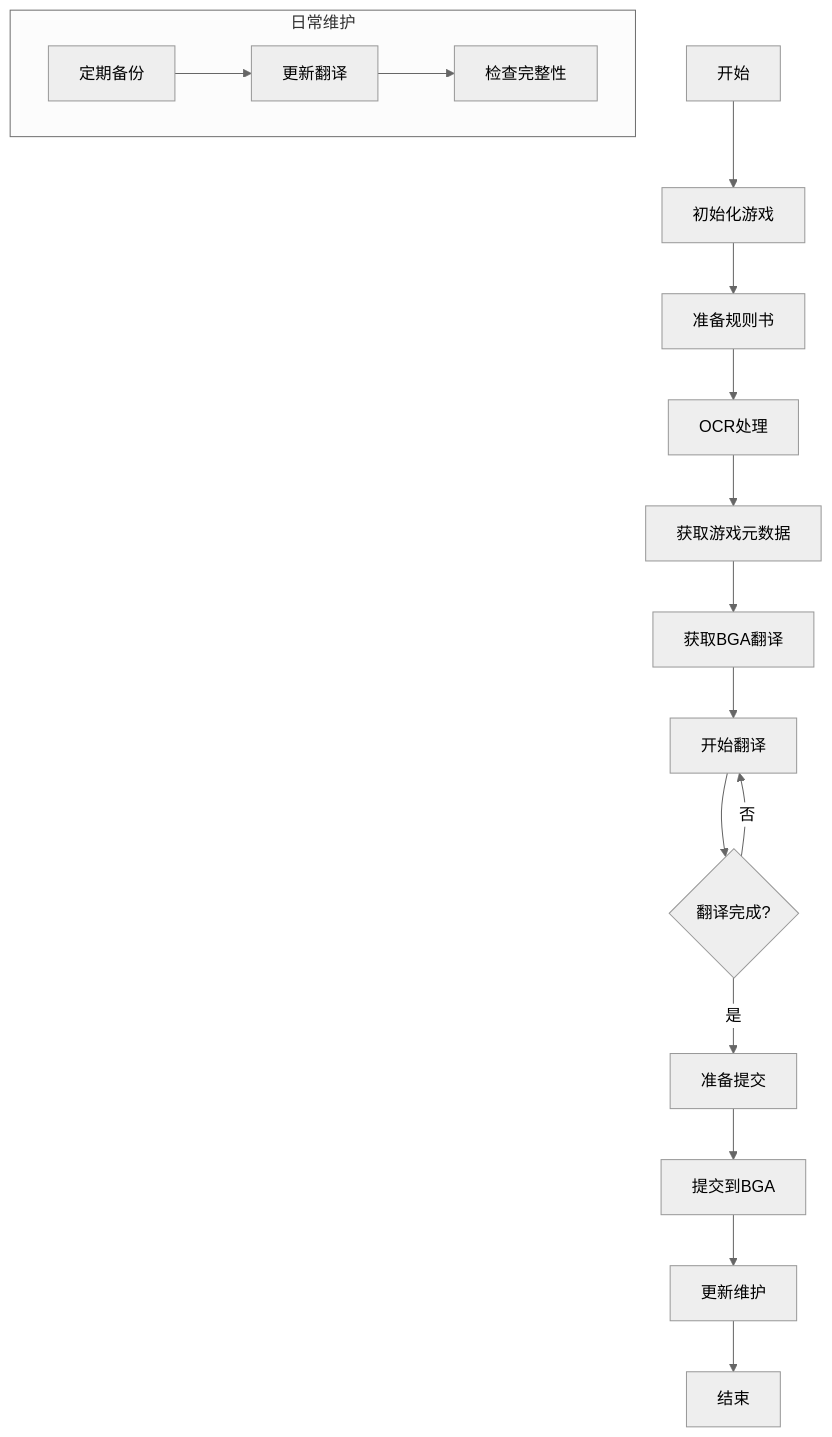
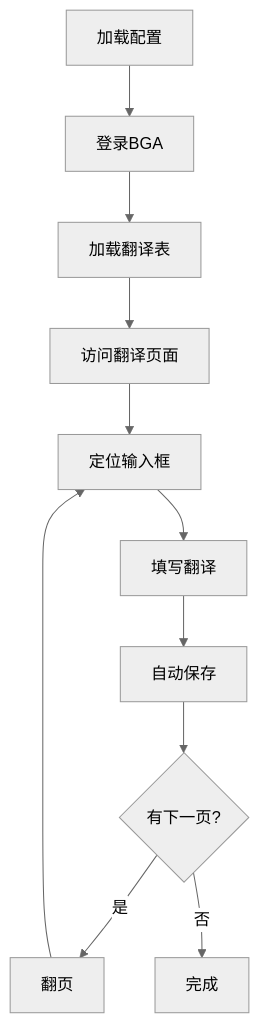
The second of 2 diagrams in Doc/workflow.md (PascalDai/BGA-Translation-Helper), drawn with Mermaid (neutral theme) before and after one commit. The commit also changed other lines of this file and 11 other files, not shown here.

````diff
--- a/Doc/workflow.md
+++ b/Doc/workflow.md
@@ -148,20 +76,13 @@
 ```mermaid
-flowchart TD
-    A[开始] --> B[初始化游戏]
-    B --> C[准备规则书]
-    C --> D[OCR处理]
-    D --> E[获取游戏元数据]
-    E --> F[获取BGA翻译]
-    F --> G[开始翻译]
-    G --> H{翻译完成?}
-    H -->|否| G
-    H -->|是| I[准备提交]
-    I --> J[提交到BGA]
-    J --> K[更新维护]
-    K --> L[结束]
-
-    subgraph 日常维护
-    M[定期备份] --> N[更新翻译]
-    N --> O[检查完整性]
-    end
+graph TD
+    A[加载配置] --> B[登录BGA]
+    B --> C[加载翻译表]
+    C --> D[访问翻译页面]
+    D --> E[定位输入框]
+    E --> F[填写翻译]
+    F --> G[自动保存]
+    G --> H{有下一页?}
+    H -->|是| I[翻页]
+    I --> E
+    H -->|否| J[完成]
 ```
````
